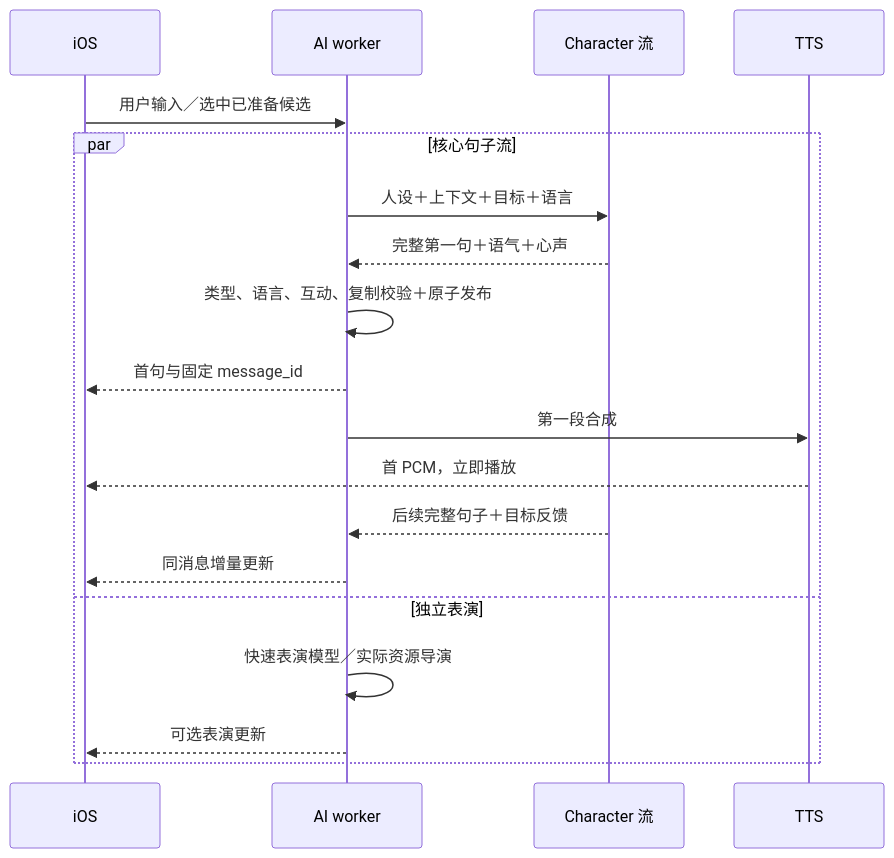
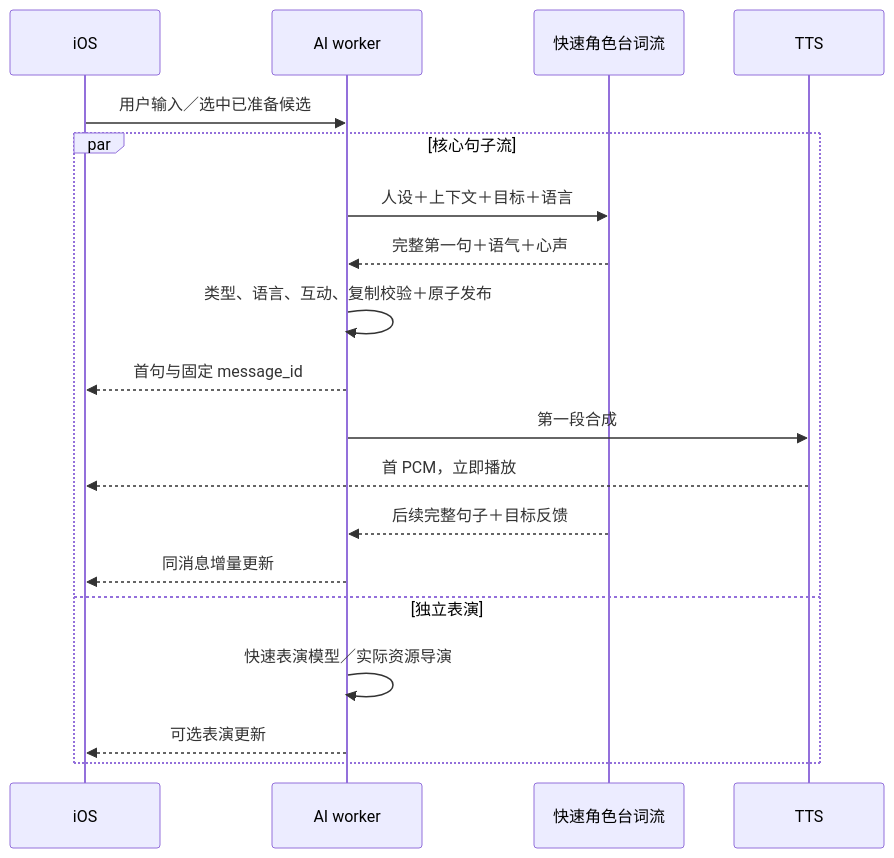
Before and after one commit to gukaifeng/starrynight-server: the diagram in docs/sentence-first-voice-2026-10-02.md, drawn with Mermaid. The commit also changed other lines of this file and 6 other files, not shown here.

````diff
--- a/docs/sentence-first-voice-2026-10-02.md
+++ b/docs/sentence-first-voice-2026-10-02.md
@@ -11,21 +11,21 @@
 ```mermaid
 sequenceDiagram
  participant C as iOS
  participant W as AI worker
- participant L as Character 流
+ participant L as 快速角色台词流
  participant T as TTS
  C->>W: 用户输入／选中已准备候选
  par 核心句子流
  W->>L: 人设＋上下文＋目标＋语言
  L-->>W: 完整第一句＋语气＋心声
  W->>W: 类型、语言、互动、复制校验＋原子发布
  W-->>C: 首句与固定 message_id
  W->>T: 第一段合成
  T-->>C: 首 PCM，立即播放
  L-->>W: 后续完整句子＋目标反馈
  W-->>C: 同消息增量更新
  and 独立表演
  W->>W: 快速表演模型／实际资源导演
  W-->>C: 可选表演更新
  end
 ```
````
